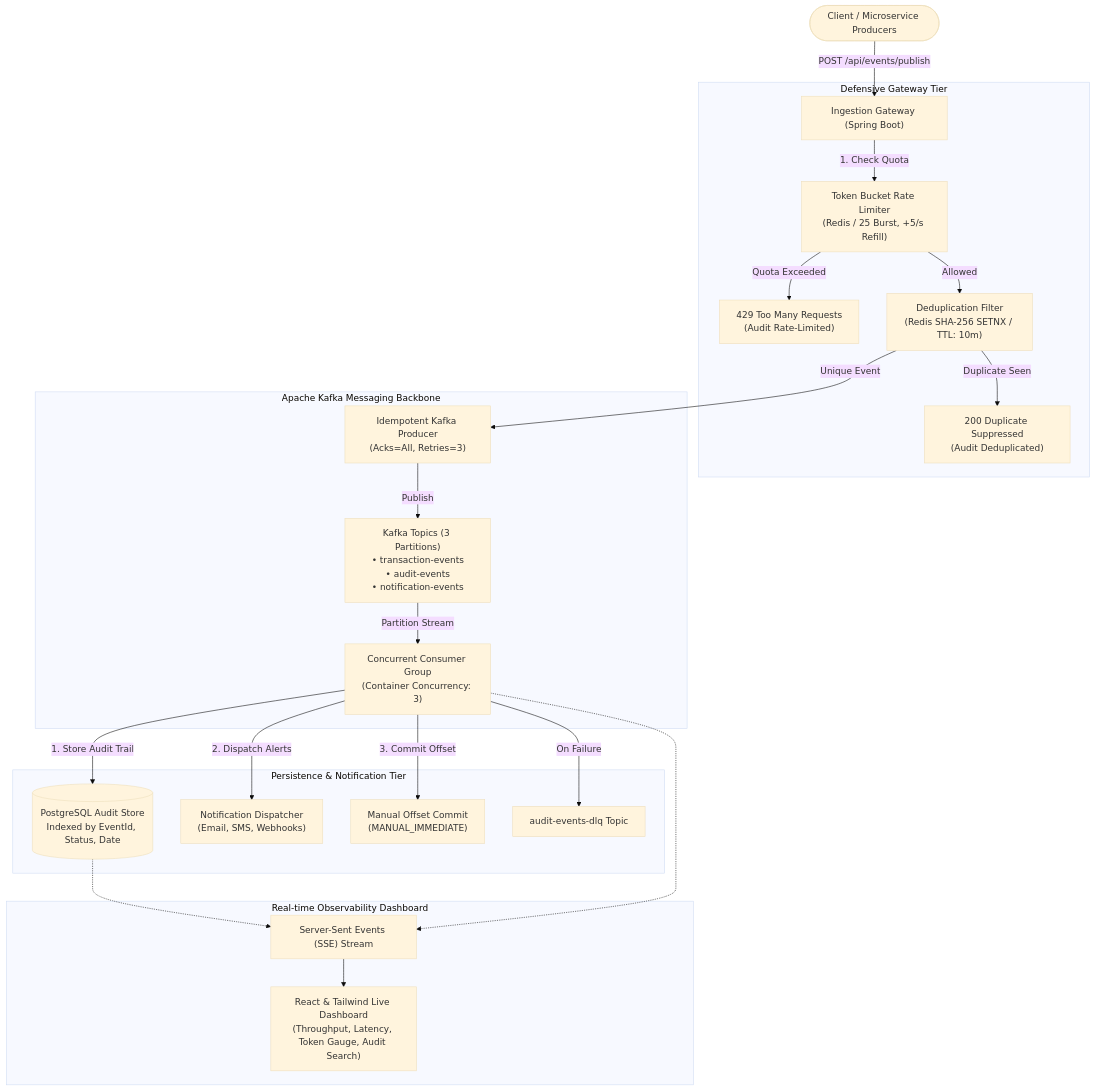
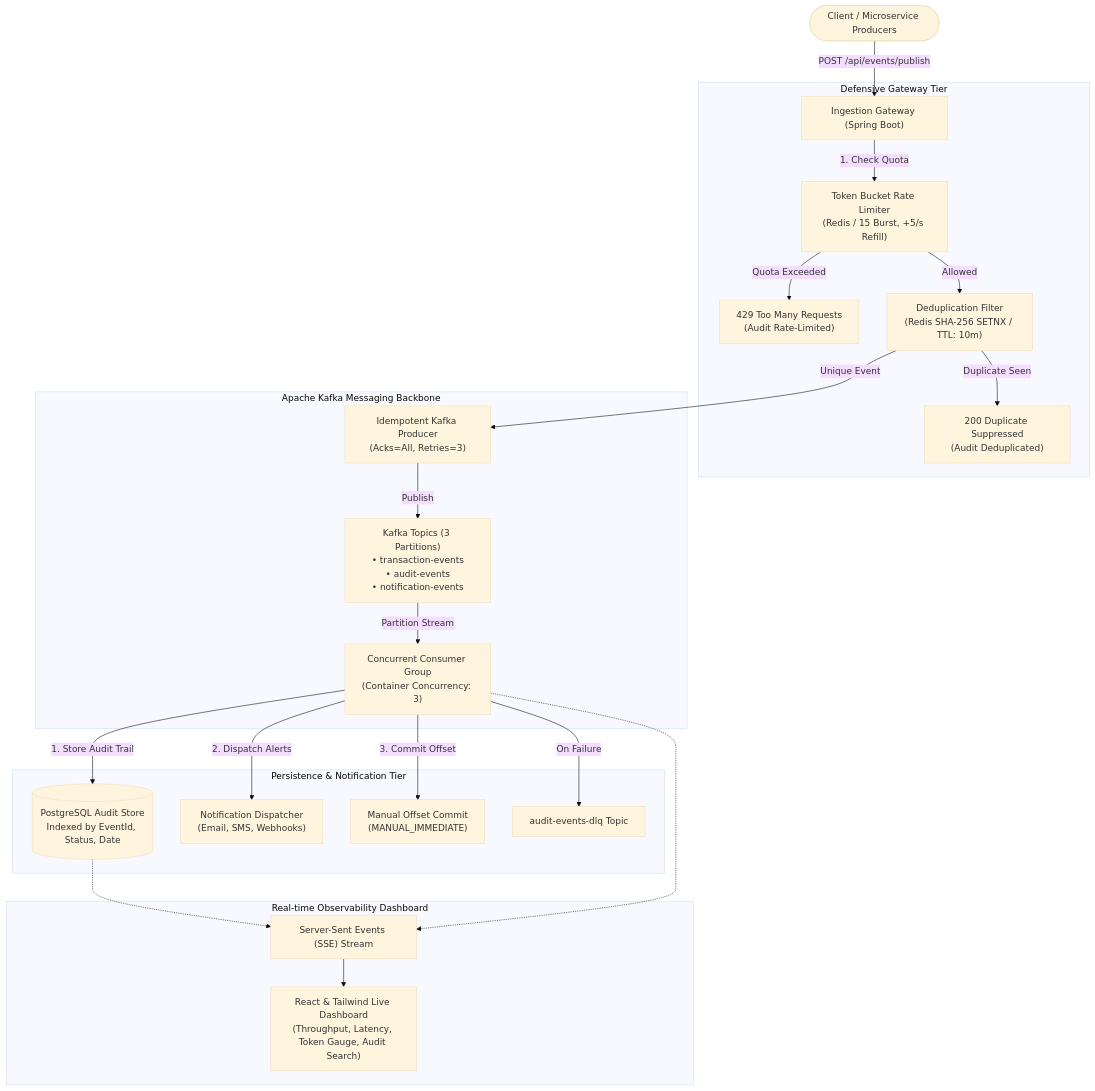
Before and after one commit to kkv123/Event-Driven-Notification-Audit-Pipeline: the diagram in README.md, drawn with Mermaid (base theme). The commit also changed other lines of this file and 5 other files, not shown here.

Commit message:
fix(limiter): reduce default token bucket burst capacity from 25 to 15 for cloud free-tier execution

````diff
--- a/README.md
+++ b/README.md
@@ -31,30 +31,30 @@
 ```mermaid
 flowchart TD
     Client(["Client / Microservice Producers"]) -->|POST /api/events/publish| Gateway["Ingestion Gateway (Spring Boot)"]
     
     subgraph DefenseTier ["Defensive Gateway Tier"]
-        Gateway -->|1. Check Quota| RateLimiter["Token Bucket Rate Limiter\n(Redis / 25 Burst, +5/s Refill)"]
+        Gateway -->|1. Check Quota| RateLimiter["Token Bucket Rate Limiter\n(Redis / 15 Burst, +5/s Refill)"]
         RateLimiter -->|Quota Exceeded| Drop429["429 Too Many Requests\n(Audit Rate-Limited)"]
         RateLimiter -->|Allowed| DedupFilter["Deduplication Filter\n(Redis SHA-256 SETNX / TTL: 10m)"]
         DedupFilter -->|Duplicate Seen| Suppress["200 Duplicate Suppressed\n(Audit Deduplicated)"]
     end
     
     subgraph MessagingTier ["Apache Kafka Messaging Backbone"]
         DedupFilter -->|Unique Event| KafkaProducer["Idempotent Kafka Producer\n(Acks=All, Retries=3)"]
         KafkaProducer -->|Publish| KafkaTopics["Kafka Topics (3 Partitions)\n• transaction-events\n• audit-events\n• notification-events"]
         KafkaTopics -->|Partition Stream| KafkaConsumer["Concurrent Consumer Group\n(Container Concurrency: 3)"]
     end
 
     subgraph PersistenceTier ["Persistence & Notification Tier"]
         KafkaConsumer -->|1. Store Audit Trail| Postgres[(PostgreSQL Audit Store\nIndexed by EventId, Status, Date)]
         KafkaConsumer -->|2. Dispatch Alerts| Dispatcher["Notification Dispatcher\n(Email, SMS, Webhooks)"]
         KafkaConsumer -->|3. Commit Offset| ManualAck["Manual Offset Commit\n(MANUAL_IMMEDIATE)"]
         KafkaConsumer -->|On Failure| DLQ["audit-events-dlq Topic"]
     end
 
     subgraph TelemetryTier ["Real-time Observability Dashboard"]
         Postgres -.-> SSE["Server-Sent Events (SSE) Stream"]
         KafkaConsumer -.-> SSE
         SSE --> Dashboard["React & Tailwind Live Dashboard\n(Throughput, Latency, Token Gauge, Audit Search)"]
     end
 ```
````
